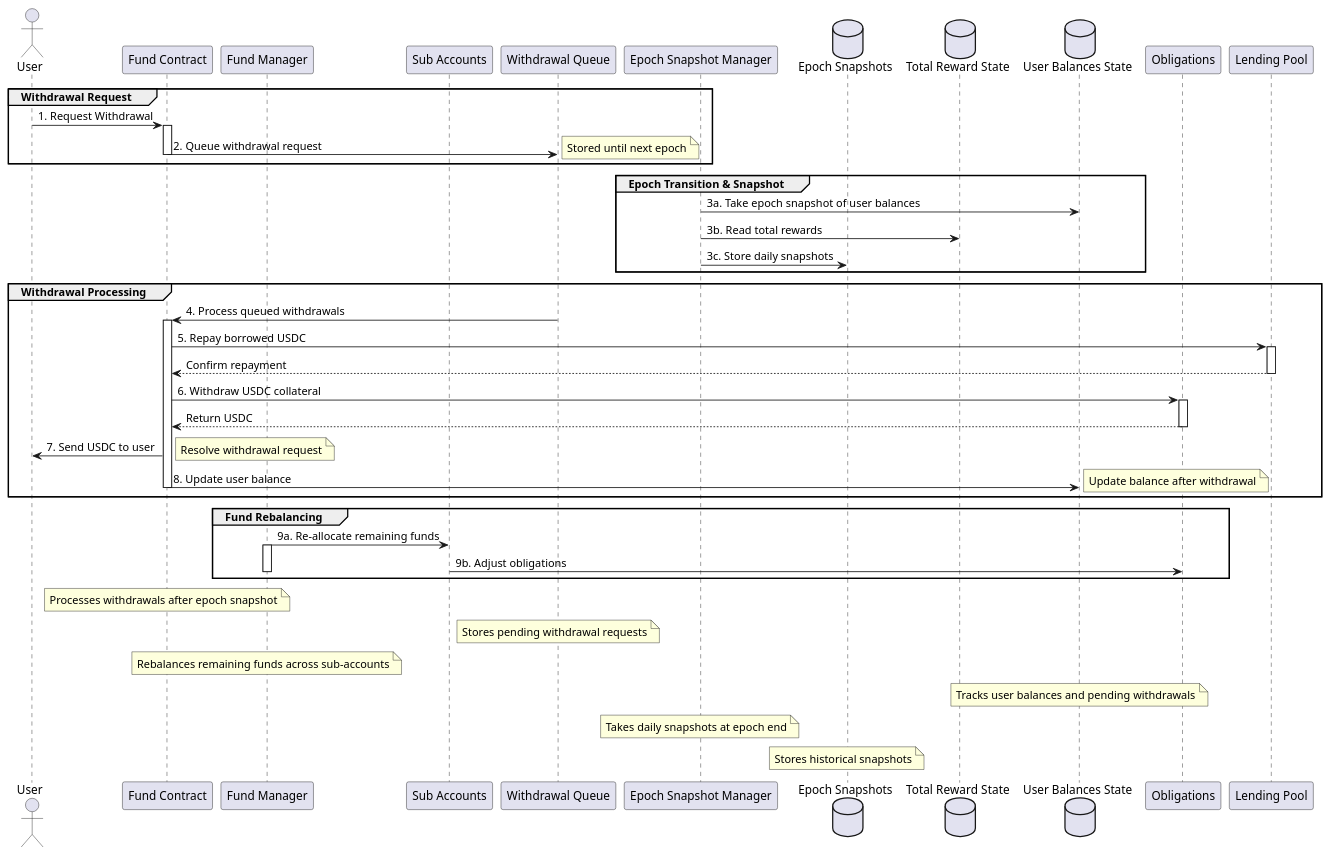
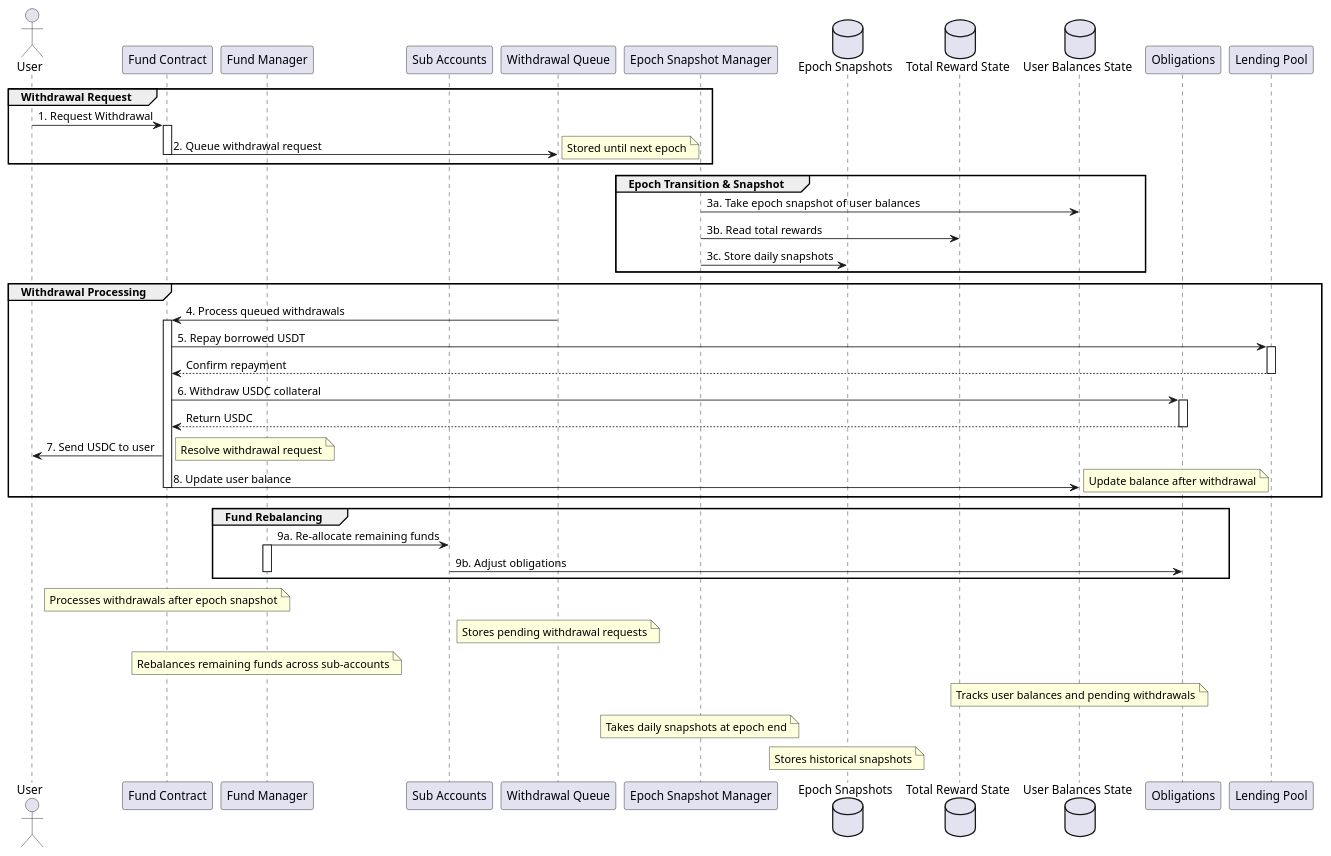
One commit to nierdna/hermit-diagrams changed the diagram in withdrawn_flow_sequence.wsd. Above: the diagram before and after it, drawn with PlantUML. The commit also changed 1 other file, not shown here.

Commit message:
Update deposit and withdrawal flow diagrams to use USDT instead of USDC
Modify sequence diagrams to:
- Replace USDC references with USDT in lending pool interactions
- Update notes and flow steps to reflect USDT as the primary stablecoin
- Maintain consistent system component interactions

```diff
--- a/withdrawn_flow_sequence.wsd
+++ b/withdrawn_flow_sequence.wsd
@@ -1,80 +1,80 @@
 @startuml Hermit Withdrawal Flow Sequence
 
 ' Define participants
 actor User
 participant "Fund Contract" as Fund
 participant "Fund Manager" as FundManager
 participant "Sub Accounts" as SubAccounts
 participant "Withdrawal Queue" as WithdrawalQueue
 participant "Epoch Snapshot Manager" as SnapshotManager
 database "Epoch Snapshots" as EpochSnapshots
 database "Total Reward State" as TotalReward
 database "User Balances State" as UserBalances
 participant "Obligations" as Obligations
 participant "Lending Pool" as LendingPool
 
 ' Style
 skinparam sequence {
     ParticipantBackgroundColor LightBlue
     ActorBackgroundColor LightGreen
     DatabaseBackgroundColor LightPink
     LifeLineColor Gray
     BorderColor Black
 }
 
 ' Initial Withdrawal Request
 group Withdrawal Request
     User -> Fund: 1. Request Withdrawal
     activate Fund
     Fund -> WithdrawalQueue: 2. Queue withdrawal request
     note right: Stored until next epoch
     deactivate Fund
 end
 
 ' Epoch Snapshot
 group Epoch Transition & Snapshot
     SnapshotManager -> UserBalances: 3a. Take epoch snapshot of user balances
     SnapshotManager -> TotalReward: 3b. Read total rewards
     SnapshotManager -> EpochSnapshots: 3c. Store daily snapshots
 end
 
 ' Process Withdrawals
 group Withdrawal Processing
     WithdrawalQueue -> Fund: 4. Process queued withdrawals
     activate Fund
     
-    Fund -> LendingPool: 5. Repay borrowed USDC
+    Fund -> LendingPool: 5. Repay borrowed USDT
     activate LendingPool
     LendingPool --> Fund: Confirm repayment
     deactivate LendingPool
     
     Fund -> Obligations: 6. Withdraw USDC collateral
     activate Obligations
     Obligations --> Fund: Return USDC
     deactivate Obligations
     
     Fund -> User: 7. Send USDC to user
     note right: Resolve withdrawal request
     
     Fund -> UserBalances: 8. Update user balance
     note right: Update balance after withdrawal
     deactivate Fund
 end
 
 ' Fund Reallocation
 group Fund Rebalancing
     FundManager -> SubAccounts: 9a. Re-allocate remaining funds
     activate FundManager
     SubAccounts -> Obligations: 9b. Adjust obligations
     deactivate FundManager
 end
 
 ' Add notes
 note over Fund: Processes withdrawals after epoch snapshot
 note over WithdrawalQueue: Stores pending withdrawal requests
 note over FundManager: Rebalances remaining funds across sub-accounts
 note over UserBalances: Tracks user balances and pending withdrawals
 note over SnapshotManager: Takes daily snapshots at epoch end
 note over EpochSnapshots: Stores historical snapshots
 
 @enduml 
```
